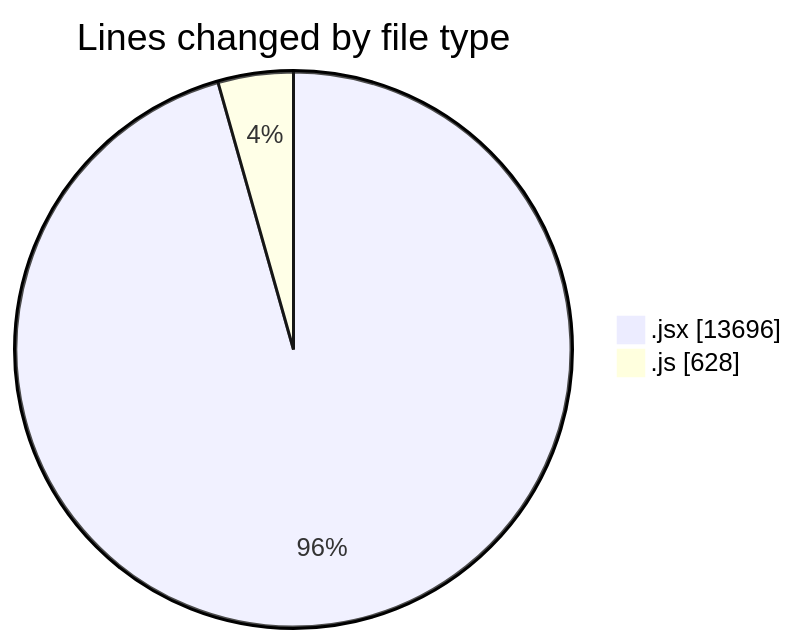
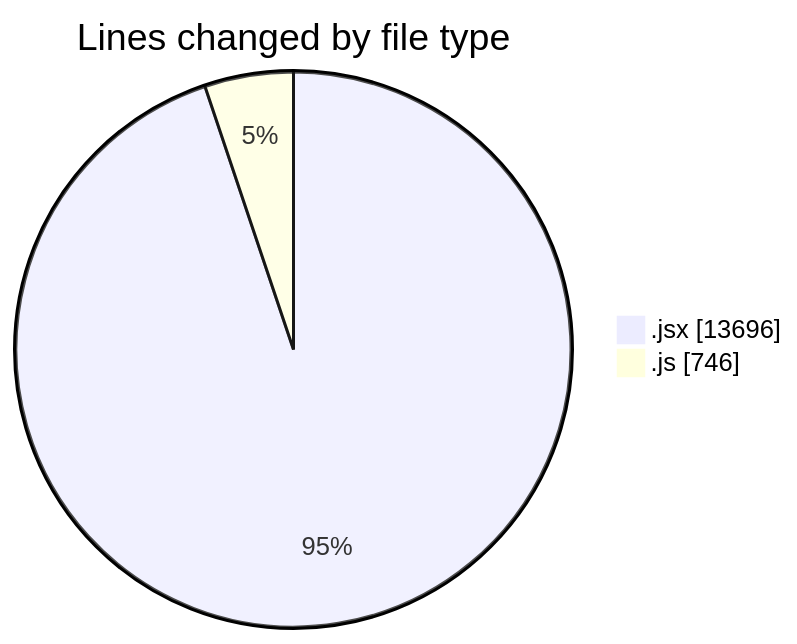
One commit to nxtqubesakshisongat/code-tracking changed the first of 2 diagrams in 2025-09-25/nxtqube_webapp/README.md. Above: the diagram before and after it, drawn with Mermaid. The commit also changed other lines of this file and 1 other file, not shown here.

````diff
--- a/2025-09-25/nxtqube_webapp/README.md
+++ b/2025-09-25/nxtqube_webapp/README.md
@@ -23,6 +24,6 @@
 ```mermaid
 pie showData
 title Lines changed by file type
 ".jsx" : 13696
-".js" : 628
+".js" : 746
 ```
````
